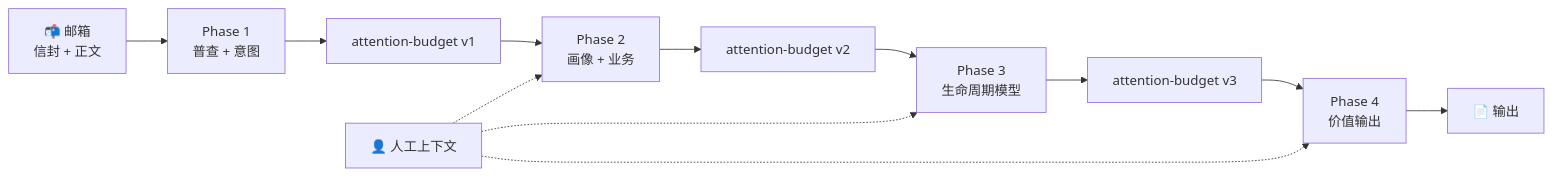
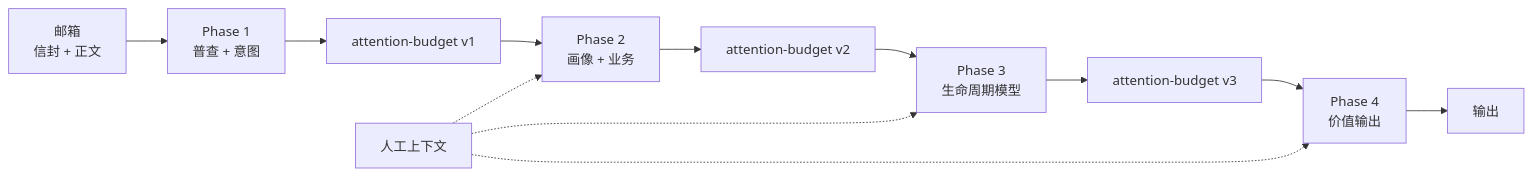
Before and after one commit to caapapx/email-bot: the diagram in README.zh.md, drawn with Mermaid. The commit also changed other lines of this file and 4 other files, not shown here.

First line of the commit message:
docs: refresh READMEs, roadmap, daemon slice; add final-plan

````diff
--- a/README.zh.md
+++ b/README.zh.md
@@ -269,8 +59,8 @@
 ```mermaid
 flowchart LR
-    M["📬 邮箱<br/>信封 + 正文"] --> P1["Phase 1<br/>普查 + 意图"] --> B1["attention-budget v1"]
+    M["邮箱<br/>信封 + 正文"] --> P1["Phase 1<br/>普查 + 意图"] --> B1["attention-budget v1"]
     B1 --> P2["Phase 2<br/>画像 + 业务"] --> B2["attention-budget v2"]
     B2 --> P3["Phase 3<br/>生命周期模型"] --> B3["attention-budget v3"]
-    B3 --> P4["Phase 4<br/>价值输出"] --> O["📄 输出"]
-    C["👤 人工上下文"] -.-> P2 & P3 & P4
+    B3 --> P4["Phase 4<br/>价值输出"] --> O["输出"]
+    C["人工上下文"] -.-> P2 & P3 & P4
 ```
````
